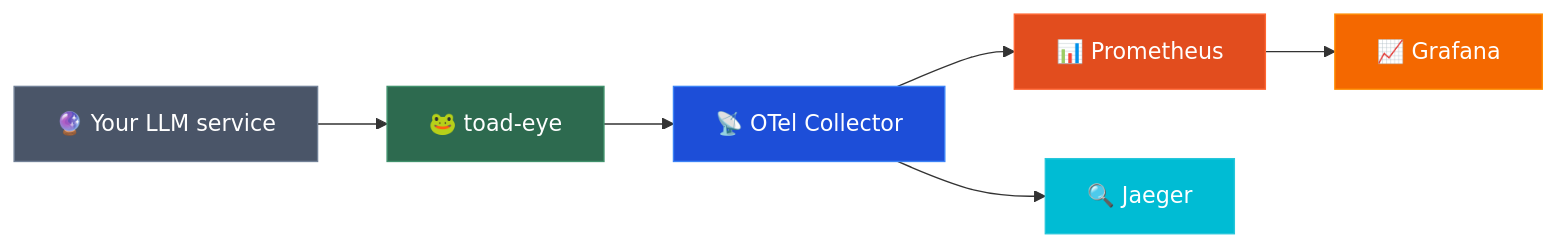
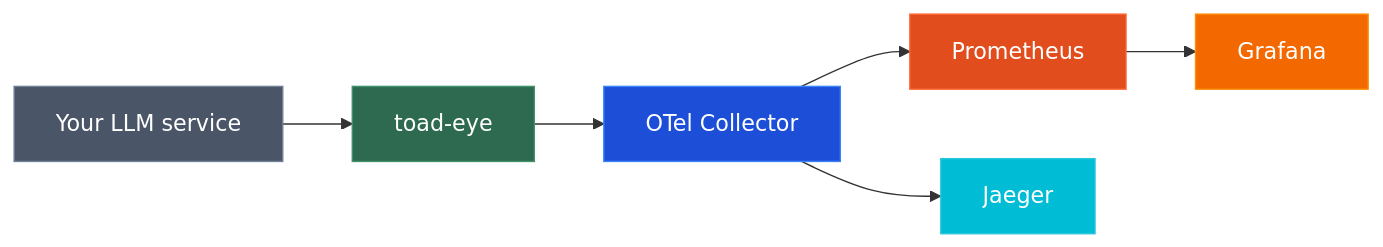
The diagram in README.md (vola-trebla/toad-eye), drawn with Mermaid before and after one commit. The commit also changed other lines of this file, not shown here.

````diff
--- a/README.md
+++ b/README.md
@@ -44,20 +154,20 @@
 ```mermaid
 flowchart LR
-    App["🔮 Your LLM service"]
-    Inst["🐸 toad-eye"]
-    Coll["📡 OTel Collector"]
-    Prom["📊 Prometheus"]
-    Jaeger["🔍 Jaeger"]
-    Graf["📈 Grafana"]
+    App["Your LLM service"]
+    Inst["toad-eye"]
+    Coll["OTel Collector"]
+    Prom["Prometheus"]
+    Jaeger["Jaeger"]
+    Graf["Grafana"]
 
     App --> Inst --> Coll
     Coll --> Prom --> Graf
     Coll --> Jaeger
 
     style App fill:#4a5568,stroke:#718096,color:#fff
     style Inst fill:#2d6a4f,stroke:#40916c,color:#fff
     style Coll fill:#1d4ed8,stroke:#3b82f6,color:#fff
     style Prom fill:#e24d1e,stroke:#ff6633,color:#fff
     style Jaeger fill:#00bcd4,stroke:#26c6da,color:#fff
     style Graf fill:#f46800,stroke:#ff8c00,color:#fff
 ```
````
